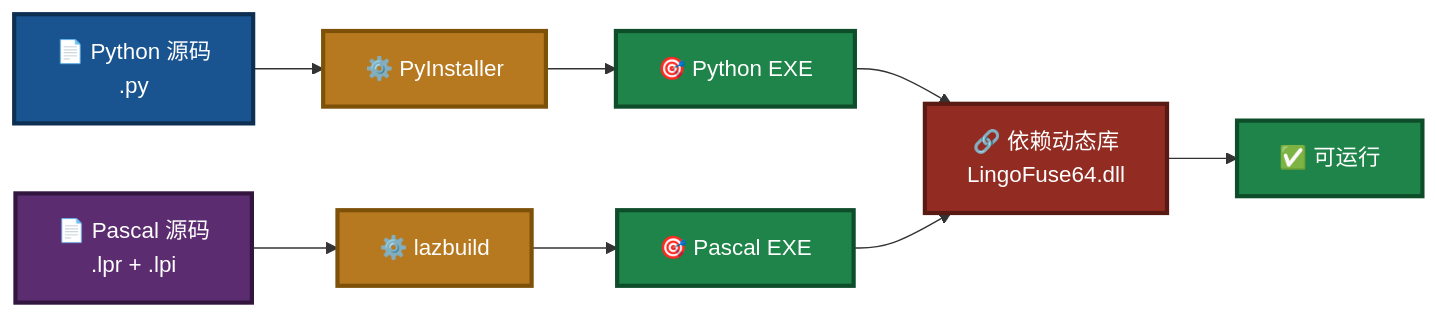
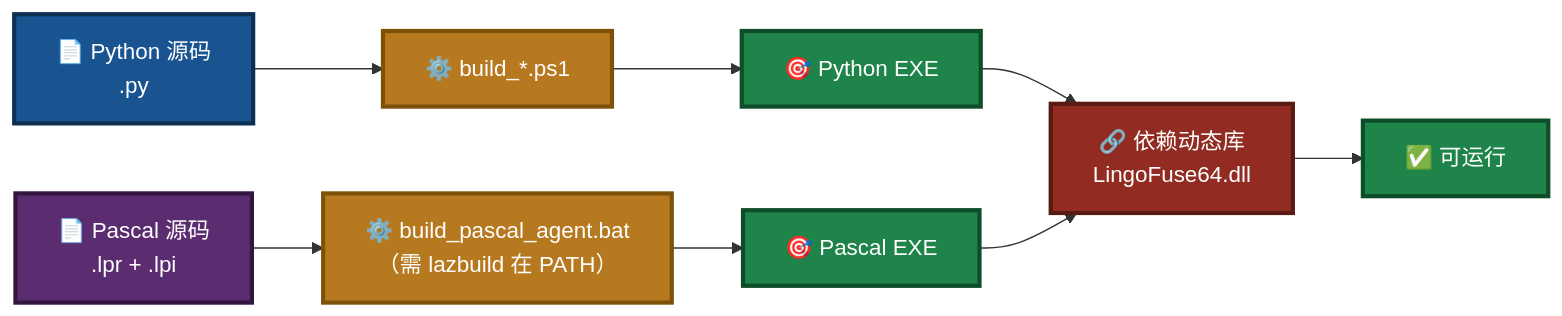
One commit to PassByYou888/LingoFuse-pasAgent-v3 changed the first of 4 diagrams in Build_Guide.md. Above: the diagram before and after it, drawn with Mermaid. The commit also changed other lines of this file and 83 other files, not shown here.

````diff
--- a/Build_Guide.md
+++ b/Build_Guide.md
@@ -59,21 +95,21 @@
 ```mermaid
 flowchart LR
-    A["📄 Python 源码<br/>.py"] --> B["⚙️ PyInstaller"]
+    A["📄 Python 源码<br/>.py"] --> B["⚙️ build_*.ps1"]
     B --> C["🎯 Python EXE"]
 
-    D["📄 Pascal 源码<br/>.lpr + .lpi"] --> E["⚙️ lazbuild"]
+    D["📄 Pascal 源码<br/>.lpr + .lpi"] --> E["⚙️ build_pascal_agent.bat<br/>（需 lazbuild 在 PATH）"]
     E --> F["🎯 Pascal EXE"]
 
     C --> G["🔗 依赖动态库<br/>LingoFuse64.dll"]
     F --> G
     G --> H["✅ 可运行"]
 
     style A fill:#1A5490,stroke:#0D2F52,stroke-width:3px,color:#FFFFFF
     style B fill:#B7791F,stroke:#7E5109,stroke-width:3px,color:#FFFFFF
     style C fill:#1E8449,stroke:#0E4D2A,stroke-width:3px,color:#FFFFFF
     style D fill:#5B2C6F,stroke:#321640,stroke-width:3px,color:#FFFFFF
     style E fill:#B7791F,stroke:#7E5109,stroke-width:3px,color:#FFFFFF
     style F fill:#1E8449,stroke:#0E4D2A,stroke-width:3px,color:#FFFFFF
     style G fill:#922B21,stroke:#5A1A14,stroke-width:3px,color:#FFFFFF
     style H fill:#1E8449,stroke:#0E4D2A,stroke-width:3px,color:#FFFFFF
 ```
````
